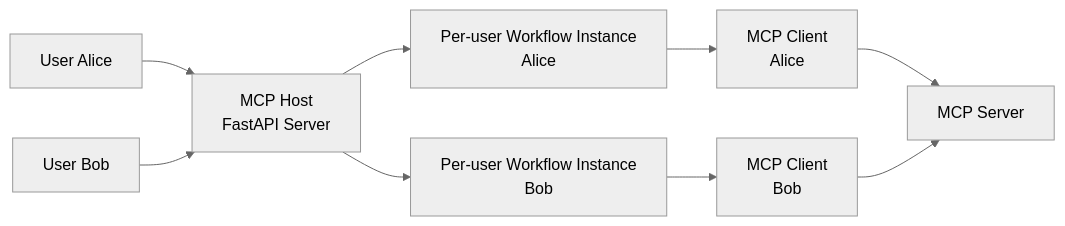
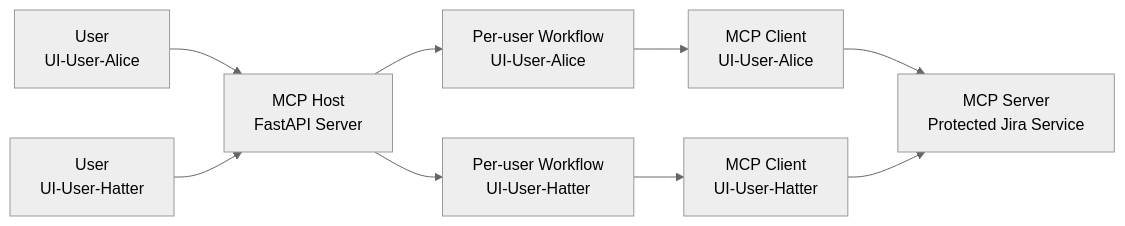
One commit to NVIDIA/NeMo-Agent-Toolkit changed the second of 2 diagrams in docs/source/components/auth/mcp-auth/index.md. Above: the diagram before and after it, drawn with Mermaid (neutral theme). The commit also changed other lines of this file, not shown here.

````diff
--- a/docs/source/components/auth/mcp-auth/index.md
+++ b/docs/source/components/auth/mcp-auth/index.md
@@ -221,14 +134,14 @@
 ```mermaid
 flowchart LR
-  U1[User Alice] --> H[MCP Host<br/>FastAPI Server]
-  U2[User Bob] --> H
+  U1[User<br/>UI-User-Alice] --> H2[MCP Host<br/>FastAPI Server]
+  U2[User<br/>UI-User-Hatter] --> H2
 
-  H --> W1[Per-user Workflow Instance<br/>Alice]
-  H --> W2[Per-user Workflow Instance<br/>Bob]
+  H2 --> W1[Per-user Workflow<br/>UI-User-Alice]
+  H2 --> W2[Per-user Workflow<br/>UI-User-Hatter]
 
-  W1 --> C1[MCP Client<br/>Alice]
-  W2 --> C2[MCP Client<br/>Bob]
+  W1 --> C1[MCP Client<br/>UI-User-Alice]
+  W2 --> C2[MCP Client<br/>UI-User-Hatter]
 
-  C1 --> S[MCP Server]
-  C2 --> S
+  C1 --> S2[MCP Server<br/>Protected Jira Service]
+  C2 --> S2
 ```
````
